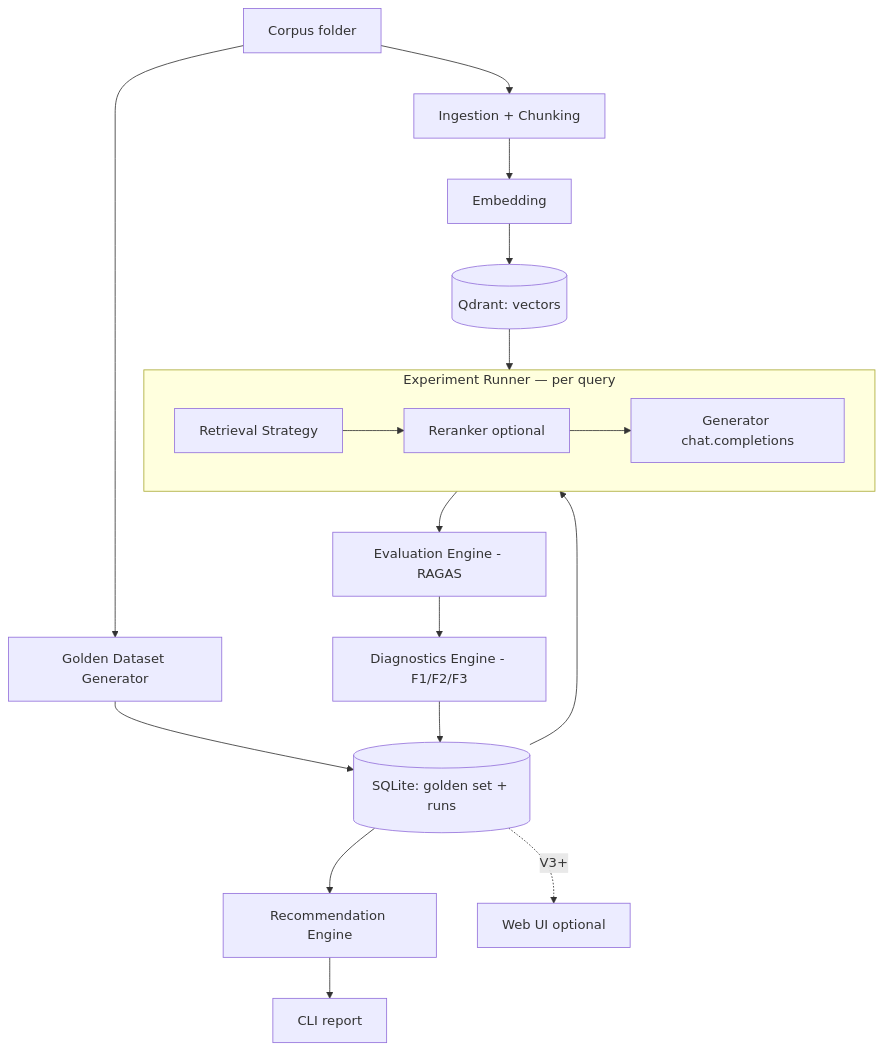
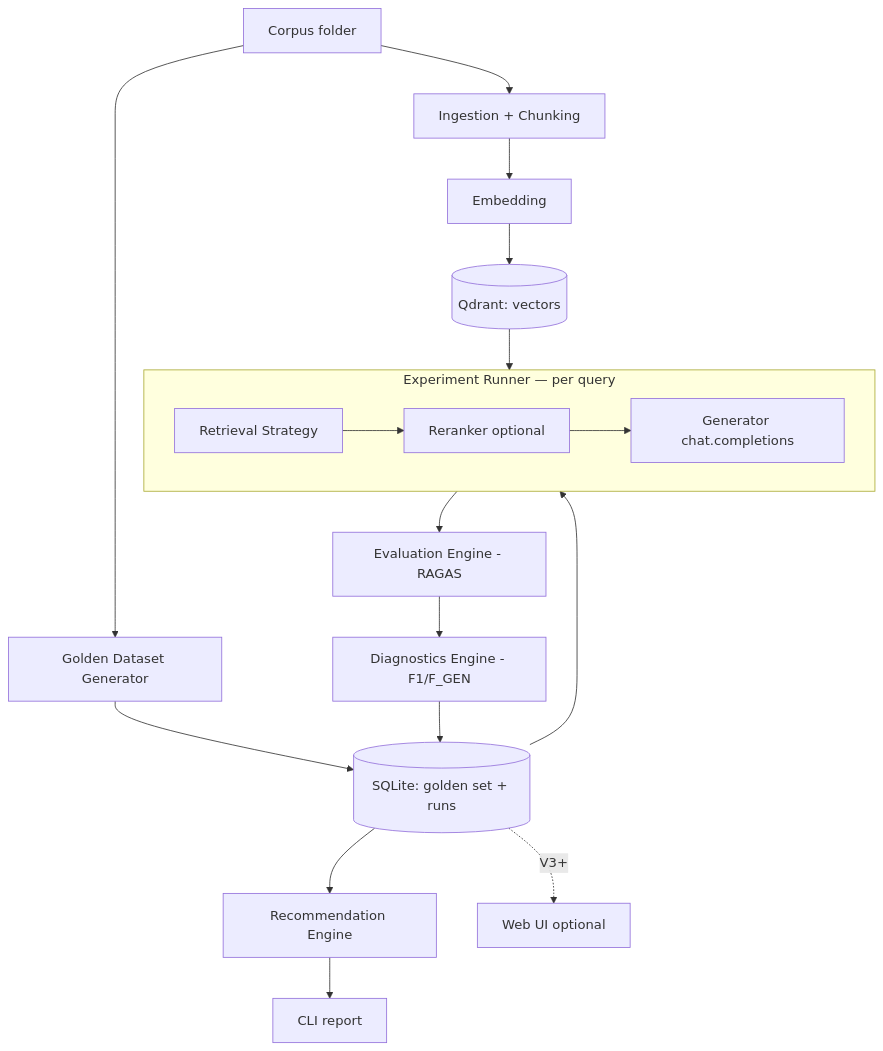
The diagram in RetrievalBench_Design.md (Kalp-Chaniyara/Retrievalbench), drawn with Mermaid before and after one commit. The commit also changed other lines of this file and 2 other files, not shown here.

````diff
--- a/RetrievalBench_Design.md
+++ b/RetrievalBench_Design.md
@@ -75,20 +76,20 @@
 ```mermaid
 flowchart TD
     A[Corpus folder] --> B[Ingestion + Chunking]
     B --> C[Embedding]
     C --> D[(Qdrant: vectors)]
     A --> G[Golden Dataset Generator]
     G --> E[(SQLite: golden set + runs)]
     subgraph RUN[Experiment Runner — per query]
         R1[Retrieval Strategy] --> R2[Reranker optional]
         R2 --> R3[Generator chat.completions]
     end
     E --> RUN
     D --> RUN
     RUN --> H[Evaluation Engine - RAGAS]
-    H --> I[Diagnostics Engine - F1/F2/F3]
+    H --> I[Diagnostics Engine - F1/F_GEN]
     I --> E
     E --> J[Recommendation Engine]
     J --> K[CLI report]
     E -.V3+.-> L[Web UI optional]
 ```
````
